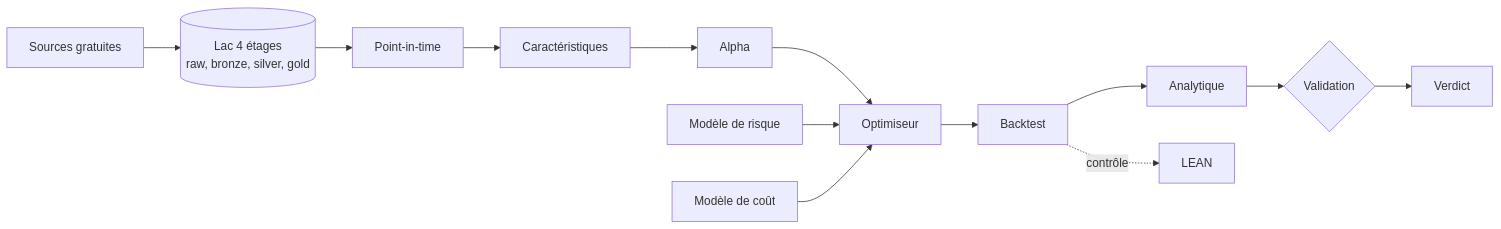
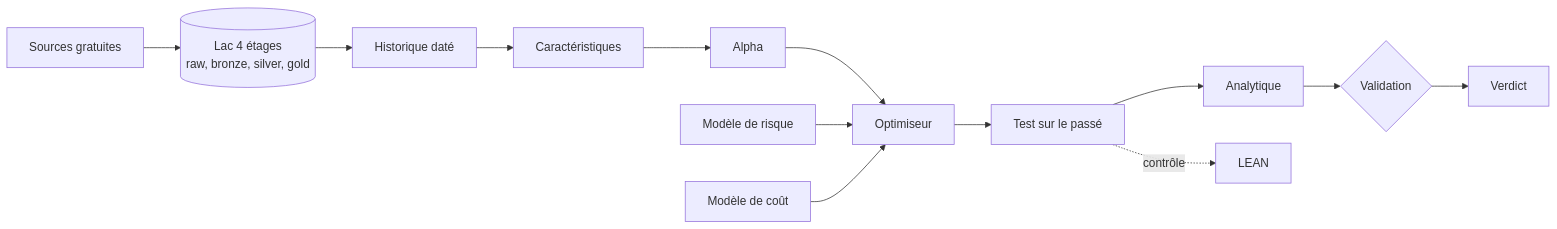
One commit to Guilou001/quant-research-platform changed the diagram in README.md. Above: the diagram before and after it, drawn with Mermaid. The commit also changed other lines of this file and 129 other files, not shown here.

````diff
--- a/README.md
+++ b/README.md
@@ -141,15 +139,15 @@
 ```mermaid
 flowchart LR
     S[Sources gratuites] --> L[(Lac 4 étages<br/>raw, bronze, silver, gold)]
-    L --> P[Point-in-time]
+    L --> P[Historique daté]
     P --> F[Caractéristiques]
     F --> A[Alpha]
     A --> O[Optimiseur]
     R[Modèle de risque] --> O
     C[Modèle de coût] --> O
-    O --> B[Backtest]
+    O --> B[Test sur le passé]
     B --> M[Analytique]
     M --> V{Validation}
     V --> D[Verdict]
     B -.contrôle.-> X[LEAN]
 ```
````
